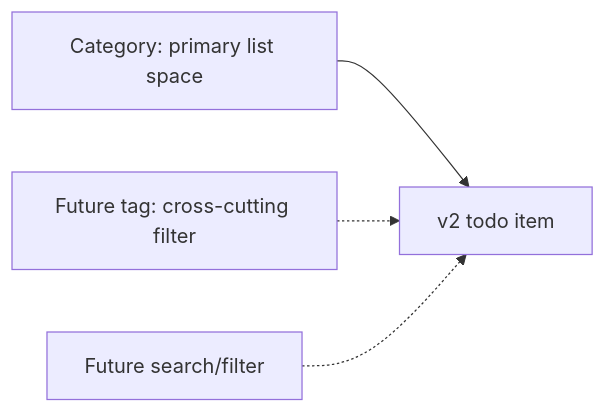
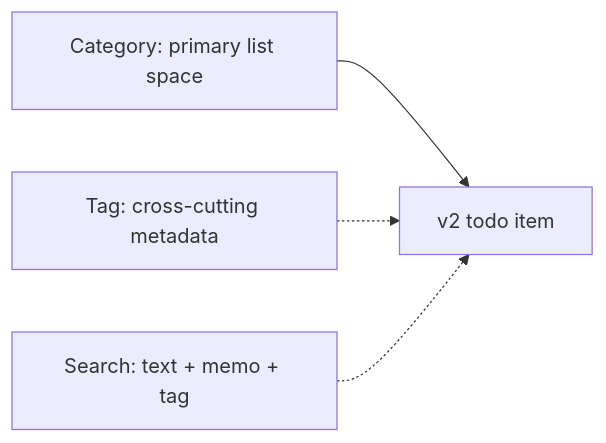
Before and after one commit to U-Keun/Tickly: the first of 2 diagrams in docs/v2-notes/003-category-and-tags-direction.md, drawn with Mermaid. The commit also changed other lines of this file and 42 other files, not shown here.

````diff
--- a/docs/v2-notes/003-category-and-tags-direction.md
+++ b/docs/v2-notes/003-category-and-tags-direction.md
@@ -15,6 +15,6 @@
 ```mermaid
 flowchart LR
   Space["Category: primary list space"] --> Item["v2 todo item"]
-  Tag["Future tag: cross-cutting filter"] -.-> Item
-  Search["Future search/filter"] -.-> Item
+  Tag["Tag: cross-cutting metadata"] -.-> Item
+  Search["Search: text + memo + tag"] -.-> Item
 ```
````
